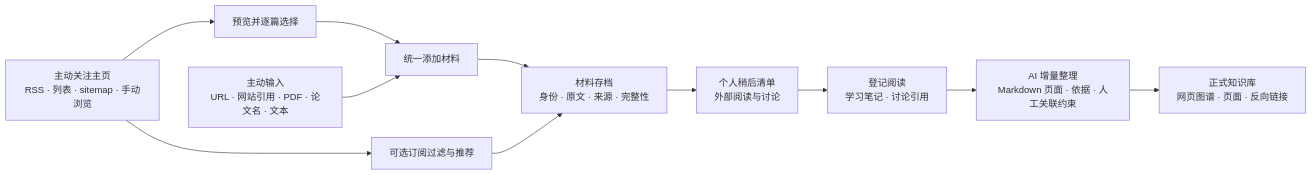
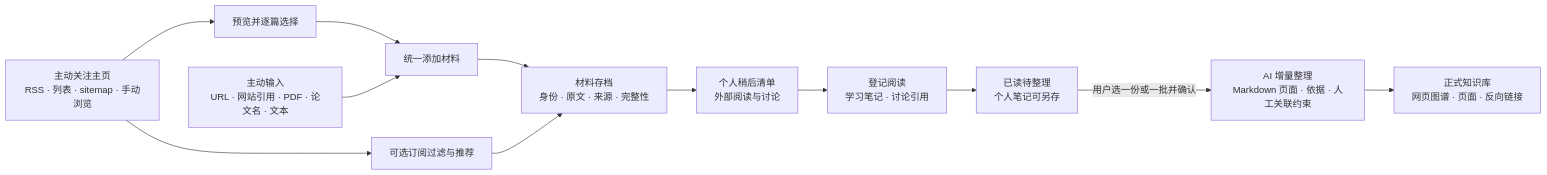
Before and after one commit to chai-yinfeng/2ndBrain: the diagram in docs/design.md, drawn with Mermaid. The commit also changed other lines of this file and 50 other files, not shown here.

````diff
--- a/docs/design.md
+++ b/docs/design.md
@@ -11,13 +11,14 @@
 ```mermaid
 flowchart LR
     S[主动关注主页<br/>RSS · 列表 · sitemap · 手动浏览] --> P[预览并逐篇选择]
     P --> A[统一添加材料]
     U[主动输入<br/>URL · 网站引用 · PDF · 论文名 · 文本] --> A
     A --> M[材料存档<br/>身份 · 原文 · 来源 · 完整性]
     M --> R[个人稍后清单<br/>外部阅读与讨论]
     R --> E[登记阅读<br/>学习笔记 · 讨论引用]
-    E --> K[AI 增量整理<br/>Markdown 页面 · 依据 · 人工关联约束]
+    E --> Q[已读待整理<br/>个人笔记可另存]
+    Q -->|用户选一份或一批并确认| K[AI 增量整理<br/>Markdown 页面 · 依据 · 人工关联约束]
     K --> V[正式知识库<br/>网页图谱 · 页面 · 反向链接]
     S --> D[可选订阅过滤与推荐]
     D --> M
 ```
````
